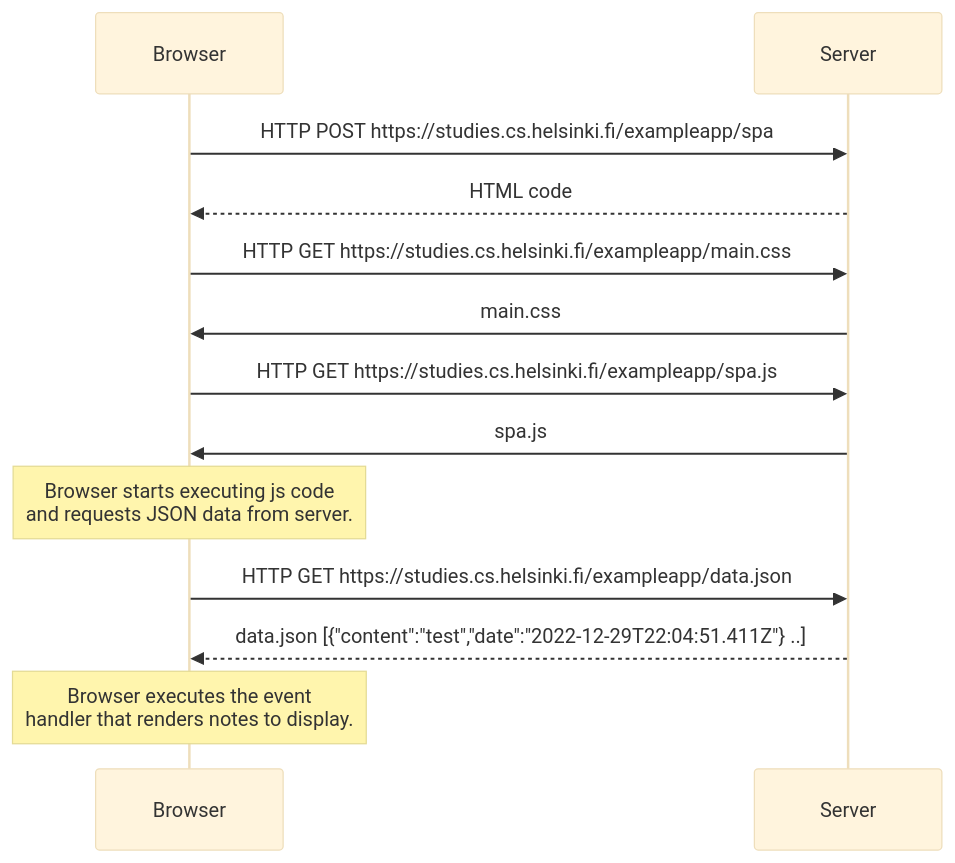
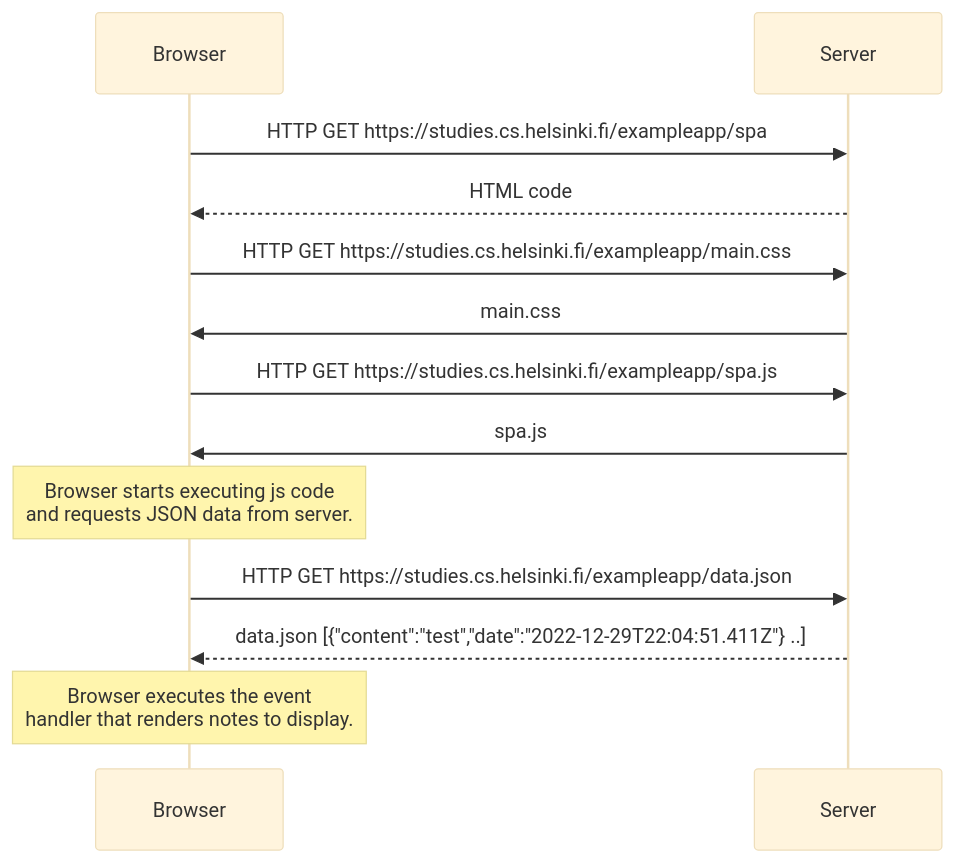
One commit to vaibzy/FullStackOpen changed the diagram in part0/Fundamentals_of_Web_apps/0_5.md. Above: the diagram before and after it, drawn with Mermaid (base theme).

Commit message:
Changed POST -> GET

````diff
--- a/part0/Fundamentals_of_Web_apps/0_5.md
+++ b/part0/Fundamentals_of_Web_apps/0_5.md
@@ -1,15 +1,15 @@
 ```mermaid
     sequenceDiagram
     participant Browser
     participant Server
-    Browser->>Server: HTTP POST https://studies.cs.helsinki.fi/exampleapp/spa
+    Browser->>Server: HTTP GET https://studies.cs.helsinki.fi/exampleapp/spa
     Server-->>Browser: HTML code
     Browser->>Server: HTTP GET https://studies.cs.helsinki.fi/exampleapp/main.css
     Server->>Browser: main.css
     Browser->>Server: HTTP GET https://studies.cs.helsinki.fi/exampleapp/spa.js
     Server->>Browser: spa.js
     Note over Browser: Browser starts executing js code<br> and requests JSON data from server.
     Browser->>Server: HTTP GET https://studies.cs.helsinki.fi/exampleapp/data.json
     Server-->>Browser: data.json [{"content":"test","date":"2022-12-29T22:04:51.411Z"} ..]
     Note over Browser: Browser executes the event<br> handler that renders notes to display.
 ```
````
